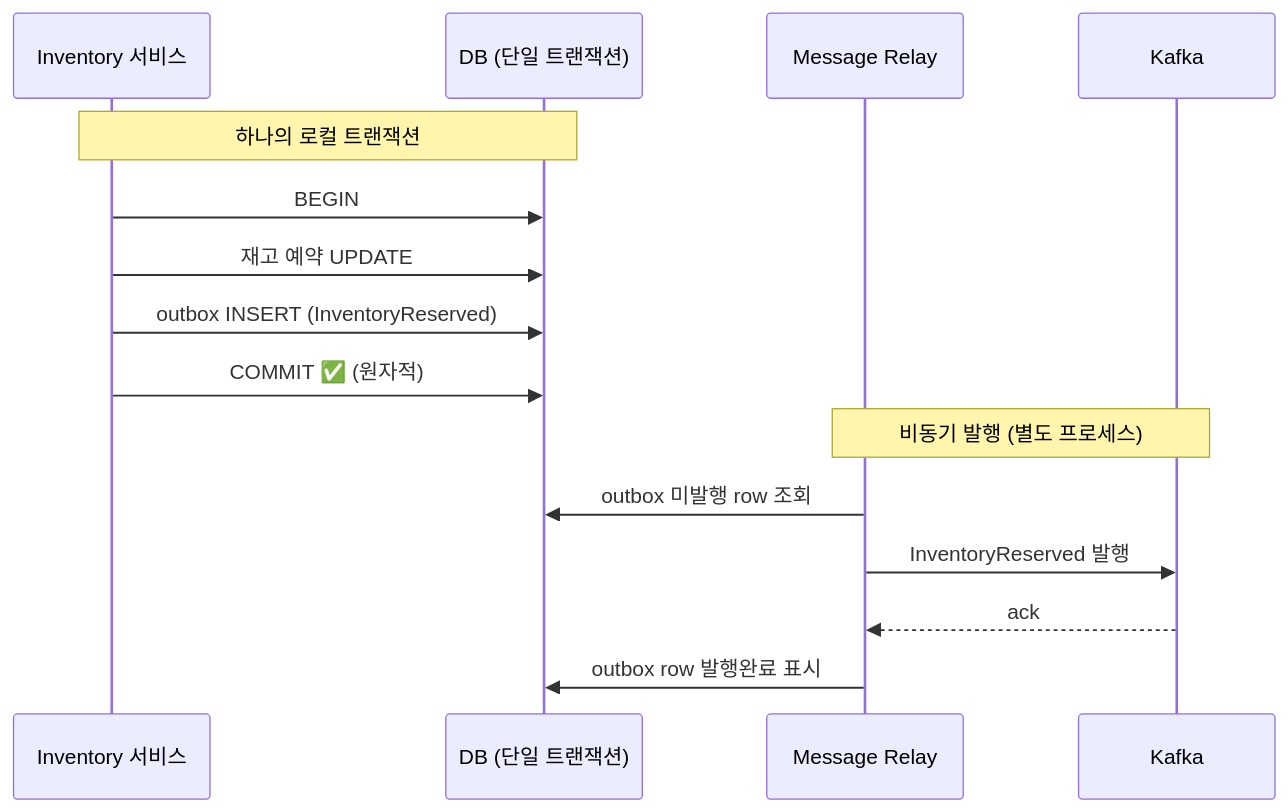
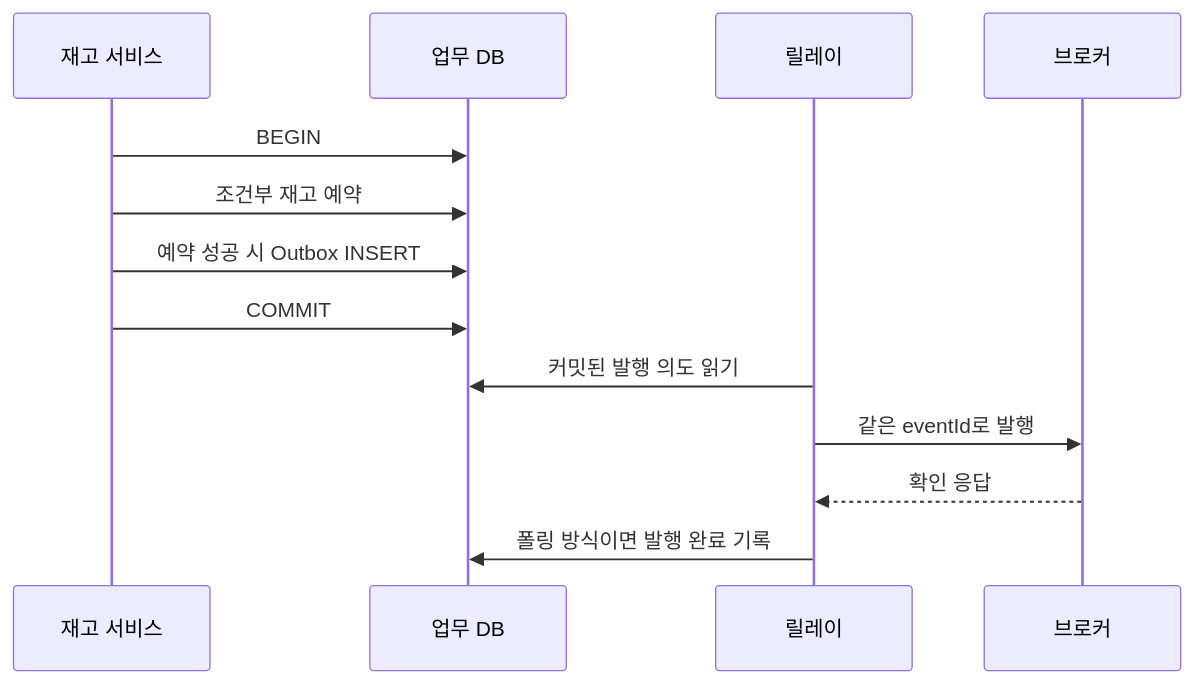
The diagram in apps/api/src/main/resources/content/backend-architecture-06-outbox-idempotency.md (hyeongseoblim/SystemDesign), drawn with Mermaid before and after one commit. The commit also changed other lines of this file and 6 other files, not shown here.

Commit message:
docs: complete event-driven and outbox content review

````diff
--- a/apps/api/src/main/resources/content/backend-architecture-06-outbox-idempotency.md
+++ b/apps/api/src/main/resources/content/backend-architecture-06-outbox-idempotency.md
@@ -45,19 +24,15 @@
 ```mermaid
 sequenceDiagram
-    participant App as Inventory 서비스
-    participant DB as DB (단일 트랜잭션)
-    participant Relay as Message Relay
-    participant K as Kafka
-
-    Note over App,DB: 하나의 로컬 트랜잭션
+    participant App as 재고 서비스
+    participant DB as 업무 DB
+    participant Relay as 릴레이
+    participant Broker as 브로커
     App->>DB: BEGIN
-    App->>DB: 재고 예약 UPDATE
-    App->>DB: outbox INSERT (InventoryReserved)
-    App->>DB: COMMIT ✅ (원자적)
-
-    Note over Relay,K: 비동기 발행 (별도 프로세스)
-    Relay->>DB: outbox 미발행 row 조회
-    Relay->>K: InventoryReserved 발행
-    K-->>Relay: ack
-    Relay->>DB: outbox row 발행완료 표시
+    App->>DB: 조건부 재고 예약
+    App->>DB: 예약 성공 시 Outbox INSERT
+    App->>DB: COMMIT
+    Relay->>DB: 커밋된 발행 의도 읽기
+    Relay->>Broker: 같은 eventId로 발행
+    Broker-->>Relay: 확인 응답
+    Relay->>DB: 폴링 방식이면 발행 완료 기록
 ```
````
